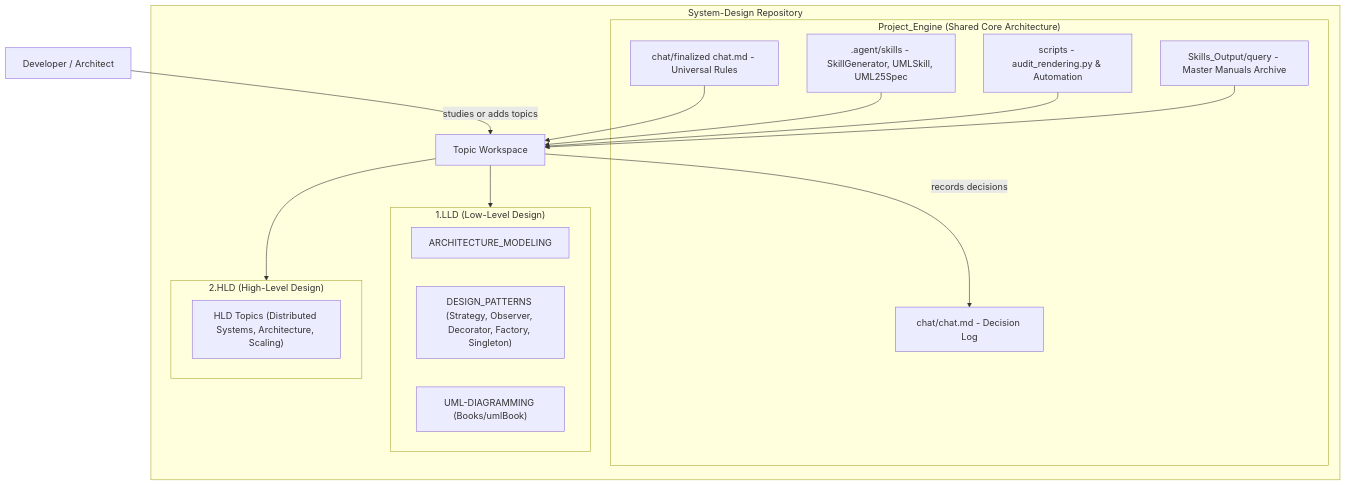
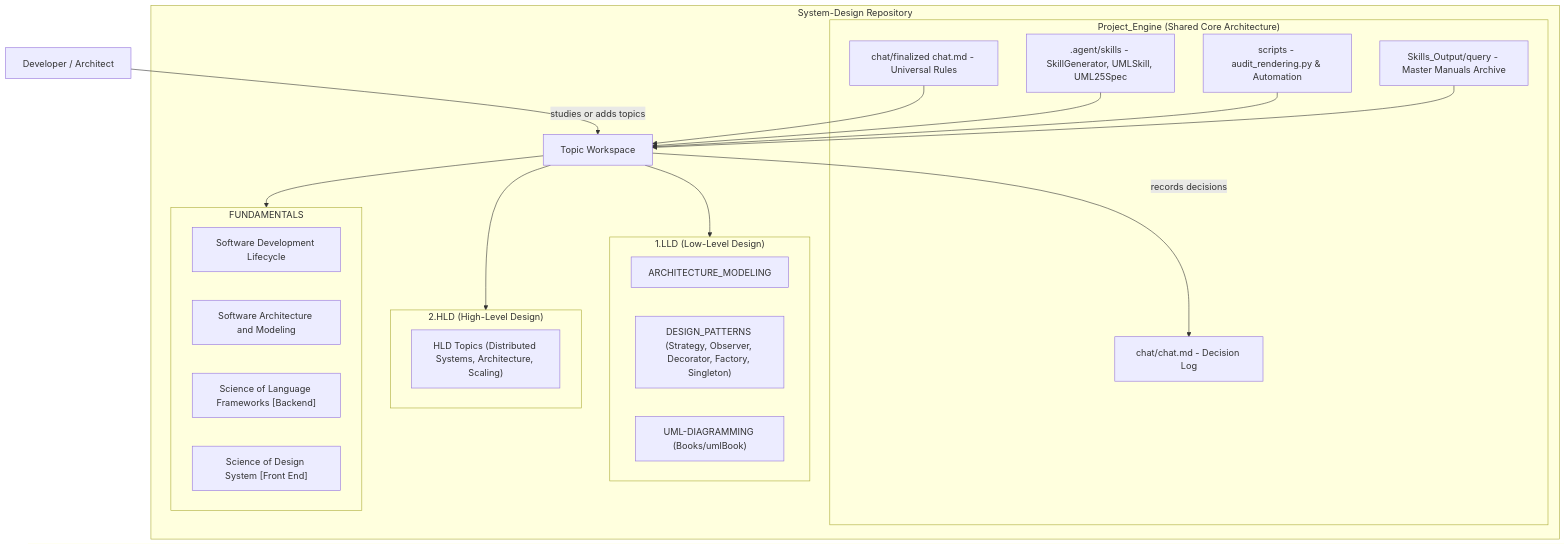
The first of 2 diagrams in README.md (AkmKawser/System-Design), drawn with Mermaid before and after one commit. The commit also changed other lines of this file and 6 other files, not shown here.

Commit message:
feat: add FUNDAMENTALS module with SDLC, Architecture & Modeling, Backend, and Frontend subfolders

````diff
--- a/README.md
+++ b/README.md
@@ -11,29 +11,36 @@
 ```mermaid
 flowchart TD
     USER["Developer / Architect"] -->|"studies or adds topics"| TOPIC
     subgraph REPO["System-Design Repository"]
         subgraph ENGINE["Project_Engine (Shared Core Architecture)"]
             RULES["chat/finalized chat.md - Universal Rules"]
             SKILLS[".agent/skills - SkillGenerator, UMLSkill, UML25Spec"]
             TOOLS["scripts - audit_rendering.py & Automation"]
             OUT["Skills_Output/query - Master Manuals Archive"]
             LOG["chat/chat.md - Decision Log"]
         end
         subgraph LLD["1.LLD (Low-Level Design)"]
             AM["ARCHITECTURE_MODELING"]
             DP["DESIGN_PATTERNS (Strategy, Observer, Decorator, Factory, Singleton)"]
             UD["UML-DIAGRAMMING (Books/umlBook)"]
         end
         subgraph HLD["2.HLD (High-Level Design)"]
             HN["HLD Topics (Distributed Systems, Architecture, Scaling)"]
         end
+        subgraph FUND["FUNDAMENTALS"]
+            F1["Software Development Lifecycle"]
+            F2["Software Architecture and Modeling"]
+            F3["Science of Language Frameworks [Backend]"]
+            F4["Science of Design System [Front End]"]
+        end
         TOPIC["Topic Workspace"]
     end
     RULES --> TOPIC
     SKILLS --> TOPIC
     TOOLS --> TOPIC
     OUT --> TOPIC
+    TOPIC --> FUND
     TOPIC --> LLD
     TOPIC --> HLD
     TOPIC -->|"records decisions"| LOG
 ```
````
